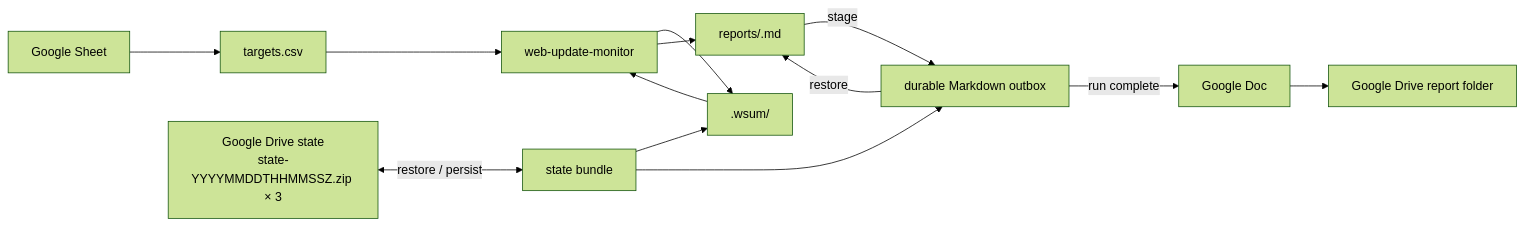
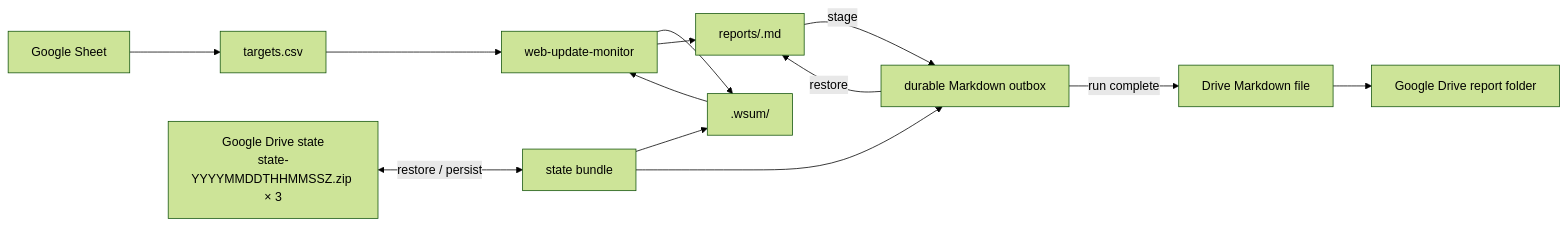
Before and after one commit to dceoy/wsum: the first of 2 diagrams in README.md, drawn with Mermaid (forest theme). The commit also changed other lines of this file and 1 other file, not shown here.

First line of the commit message:
Refactor GWS report delivery to use Drive Markdown (#56)

````diff
--- a/README.md
+++ b/README.md
@@ -23,15 +23,15 @@
 ```mermaid
 flowchart LR
     GS["Google Sheet"] --> CSV["targets.csv"]
     DS["Google Drive state<br/>state-YYYYMMDDTHHMMSSZ.zip × 3"] <-->|restore / persist| BUNDLE["state bundle"]
     BUNDLE --> STATE[".wsum/"]
     BUNDLE --> OUT["durable Markdown outbox"]
     CSV --> CORE["web-update-monitor"]
     STATE --> CORE
     CORE --> STATE
     CORE --> REPORT["reports/<run-id>.md"]
     OUT -->|restore| REPORT
     REPORT -->|stage| OUT
-    OUT -->|run complete| GDOC["Google Doc"]
-    GDOC --> DR["Google Drive report folder"]
+    OUT -->|run complete| GMD["Drive Markdown file"]
+    GMD --> DR["Google Drive report folder"]
 ```
````
